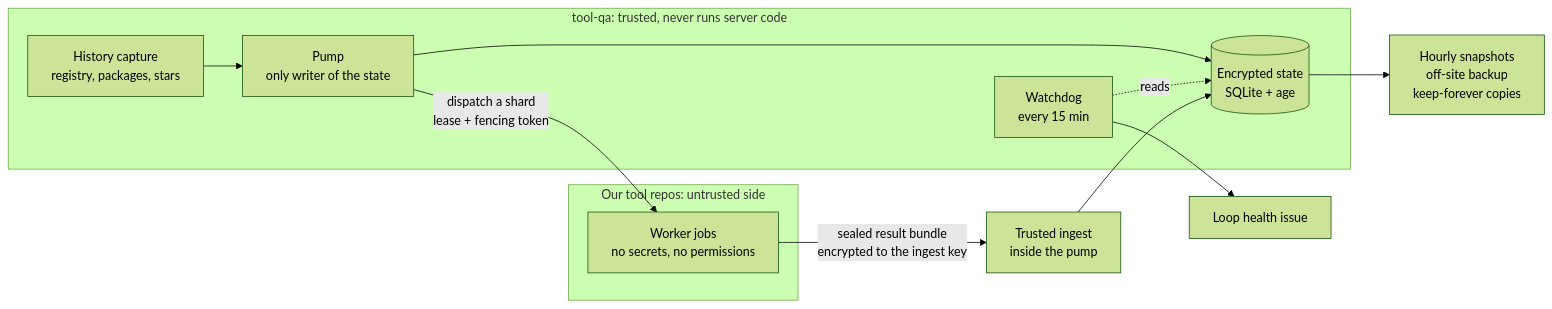
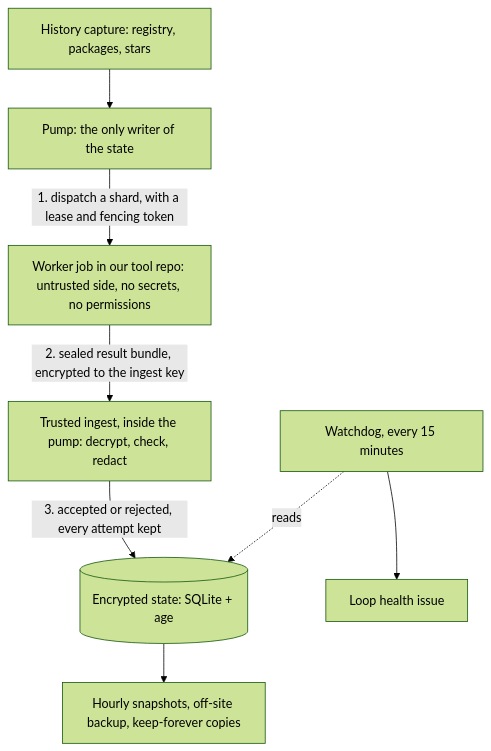
Before and after one commit to isokron-ai/tool-qa: the diagram in README.md, drawn with Mermaid (forest theme).

Commit message:
README: top-down diagram, readable at README width
The left-to-right flowchart was scaled down to unreadable text on GitHub.

````diff
--- a/README.md
+++ b/README.md
@@ -30,16 +30,14 @@
 ```mermaid
-flowchart LR
-  subgraph trusted["tool-qa: trusted, never runs server code"]
-    H["History capture<br/>registry, packages, stars"] --> P
-    P["Pump<br/>only writer of the state"] --> S[("Encrypted state<br/>SQLite + age")]
-    W["Watchdog<br/>every 15 min"] -. reads .-> S
-  end
-  subgraph workers["Our tool repos: untrusted side"]
-    K["Worker jobs<br/>no secrets, no permissions"]
-  end
-  P -- "dispatch a shard<br/>lease + fencing token" --> K
-  K -- "sealed result bundle<br/>encrypted to the ingest key" --> I["Trusted ingest<br/>inside the pump"]
-  I --> S
+flowchart TD
+  H["History capture: registry, packages, stars"] --> P
+  P["Pump: the only writer of the state"]
+  P -- "1. dispatch a shard, with a lease and fencing token" --> K
+  K["Worker job in our tool repo: untrusted side, no secrets, no permissions"]
+  K -- "2. sealed result bundle, encrypted to the ingest key" --> I
+  I["Trusted ingest, inside the pump: decrypt, check, redact"]
+  I -- "3. accepted or rejected, every attempt kept" --> S
+  S[("Encrypted state: SQLite + age")]
+  S --> B["Hourly snapshots, off-site backup, keep-forever copies"]
+  W["Watchdog, every 15 minutes"] -. reads .-> S
   W --> HI["Loop health issue"]
-  S --> B["Hourly snapshots<br/>off-site backup<br/>keep-forever copies"]
 ```
````
